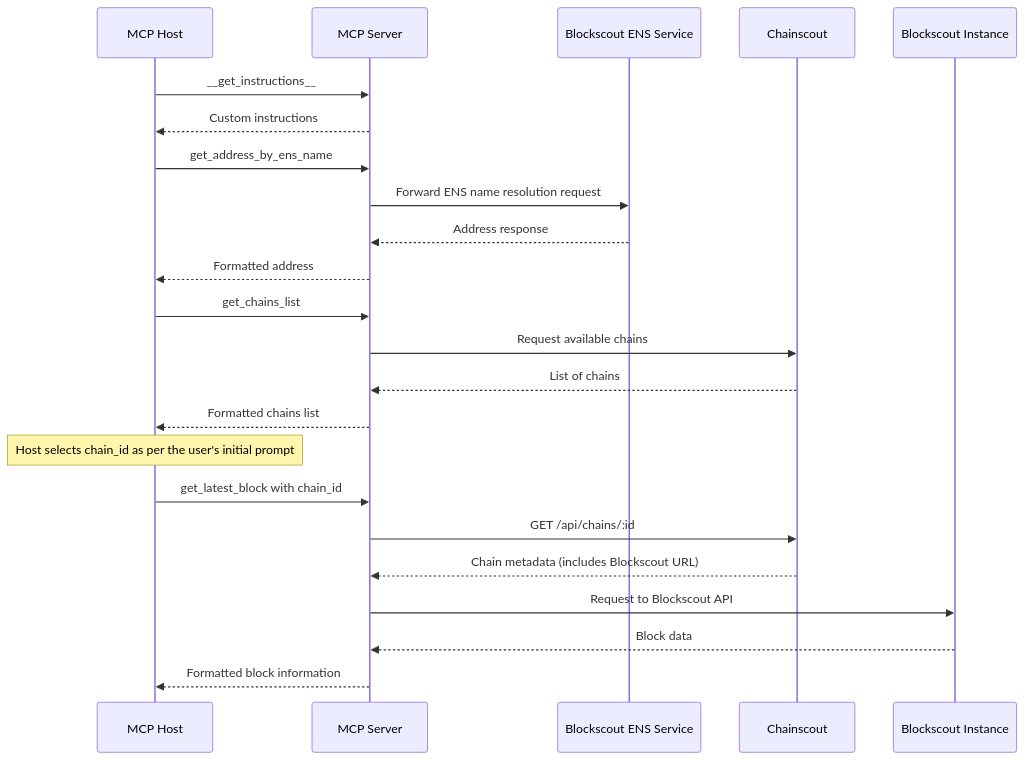
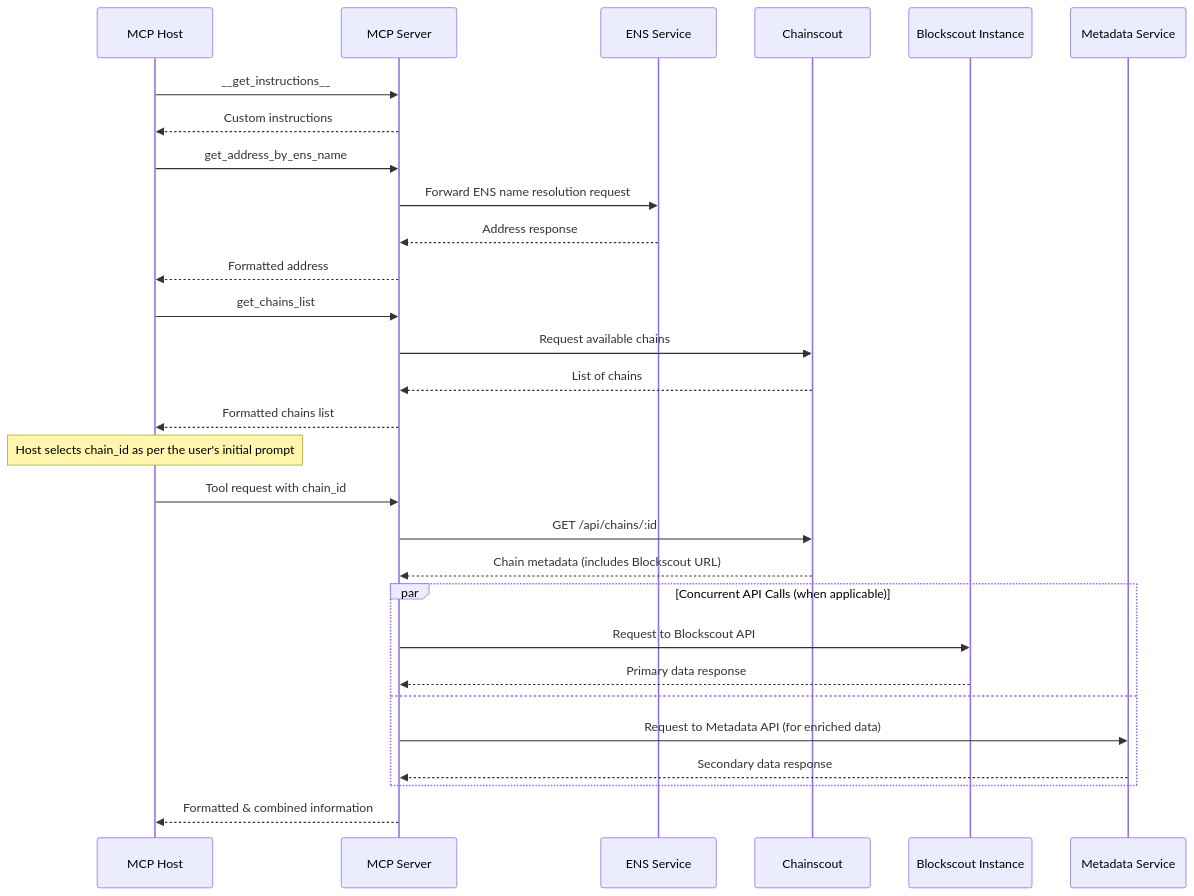
Before and after one commit to settlemint/blockscout-mcp-server: the first of 2 diagrams in SPEC.md, drawn with Mermaid. The commit also changed other lines of this file and 4 other files, not shown here.

````diff
--- a/SPEC.md
+++ b/SPEC.md
@@ -29,30 +29,36 @@
 ```mermaid
 sequenceDiagram
     participant AI as MCP Host
     participant MCP as MCP Server
-    participant BENS as Blockscout ENS Service
+    participant BENS as ENS Service
     participant CS as Chainscout
     participant BS as Blockscout Instance
+    participant Metadata as Metadata Service
 
     AI->>MCP: __get_instructions__
     MCP-->>AI: Custom instructions
 
     AI->>MCP: get_address_by_ens_name
     MCP->>BENS: Forward ENS name resolution request
     BENS-->>MCP: Address response
     MCP-->>AI: Formatted address
 
     AI->>MCP: get_chains_list
     MCP->>CS: Request available chains
     CS-->>MCP: List of chains
     MCP-->>AI: Formatted chains list
 
     Note over AI: Host selects chain_id as per the user's initial prompt
 
-    AI->>MCP: get_latest_block with chain_id
+    AI->>MCP: Tool request with chain_id
     MCP->>CS: GET /api/chains/:id
     CS-->>MCP: Chain metadata (includes Blockscout URL)
-    MCP->>BS: Request to Blockscout API
-    BS-->>MCP: Block data
-    MCP-->>AI: Formatted block information
+    par Concurrent API Calls (when applicable)
+        MCP->>BS: Request to Blockscout API
+        BS-->>MCP: Primary data response
+    and
+        MCP->>Metadata: Request to Metadata API (for enriched data)
+        Metadata-->>MCP: Secondary data response
+    end
+    MCP-->>AI: Formatted & combined information
 ```
````
